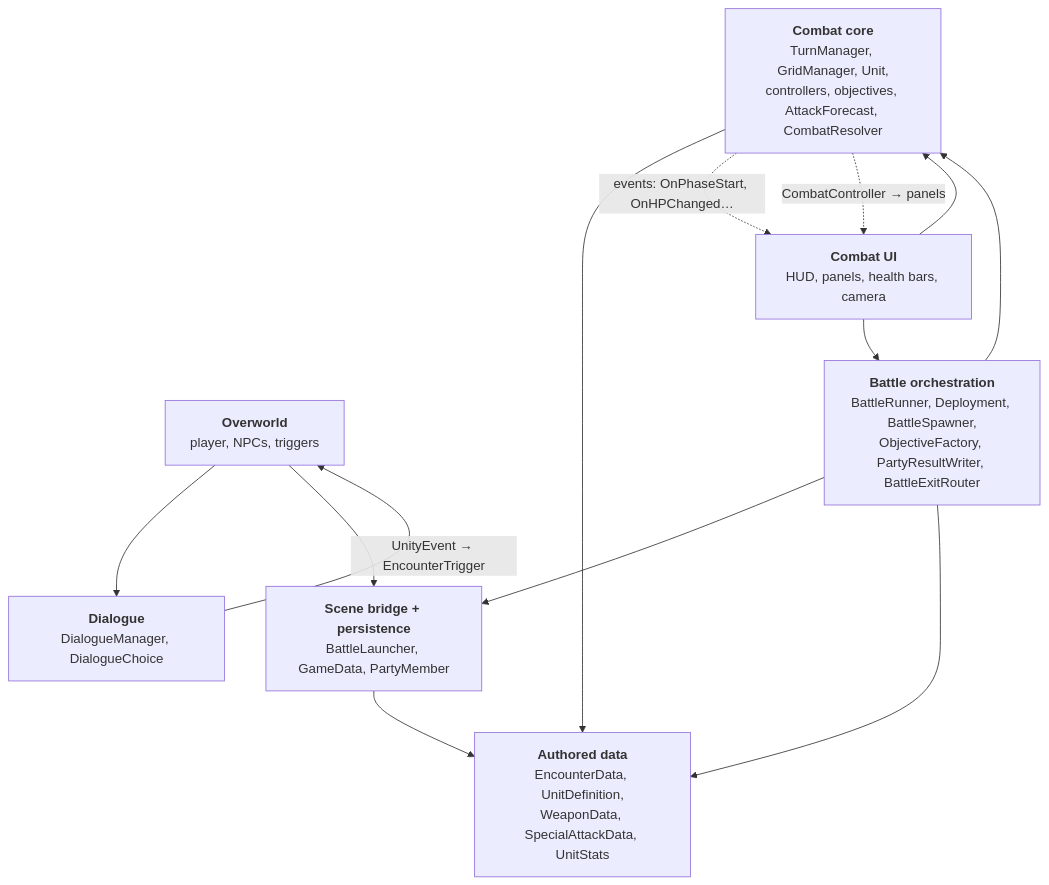
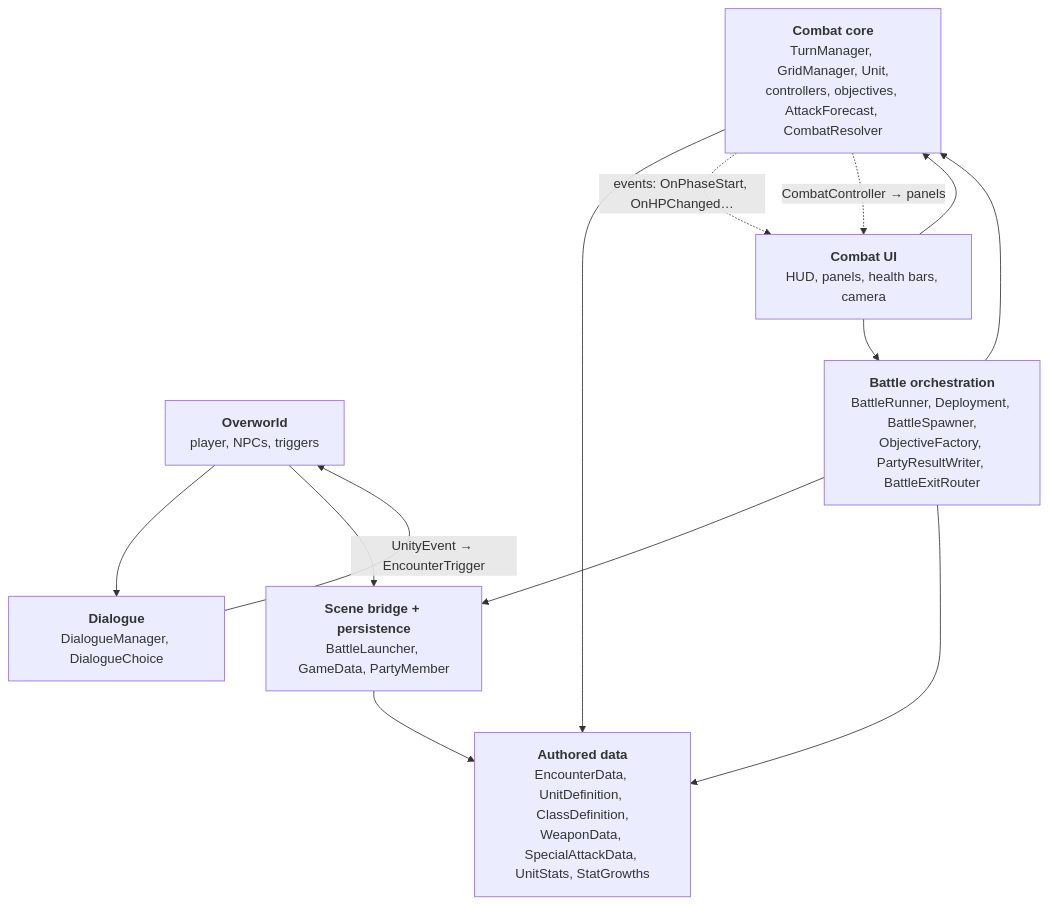
Before and after one commit to Ampherost/VerdantVenture: the diagram in docs/uml/01-architecture-overview.md, drawn with Mermaid. The commit also changed other lines of this file and 10 other files, not shown here.

````diff
--- a/docs/uml/01-architecture-overview.md
+++ b/docs/uml/01-architecture-overview.md
@@ -7,24 +7,24 @@
 ```mermaid
 flowchart TB
     OW["<b>Overworld</b><br/>player, NPCs, triggers"]
     DLG["<b>Dialogue</b><br/>DialogueManager, DialogueChoice"]
     BRG["<b>Scene bridge + persistence</b><br/>BattleLauncher, GameData, PartyMember"]
     CMB["<b>Combat core</b><br/>TurnManager, GridManager, Unit,<br/>controllers, objectives, AttackForecast, CombatResolver"]
     ORC["<b>Battle orchestration</b><br/>BattleRunner, Deployment, BattleSpawner,<br/>ObjectiveFactory, PartyResultWriter, BattleExitRouter"]
     UI["<b>Combat UI</b><br/>HUD, panels, health bars, camera"]
-    DATA["<b>Authored data</b><br/>EncounterData, UnitDefinition,<br/>WeaponData, SpecialAttackData, UnitStats"]
+    DATA["<b>Authored data</b><br/>EncounterData, UnitDefinition, ClassDefinition,<br/>WeaponData, SpecialAttackData, UnitStats, StatGrowths"]
 
     OW --> DLG
     DLG -- "UnityEvent → EncounterTrigger" --> OW
     OW --> BRG
     ORC --> BRG
     ORC --> CMB
     ORC --> DATA
     CMB --> DATA
     BRG --> DATA
     UI --> CMB
     UI --> ORC
     CMB -. "events: OnPhaseStart, OnHPChanged…" .-> UI
     CMB -. "CombatController → panels" .-> UI
 
 ```
````
